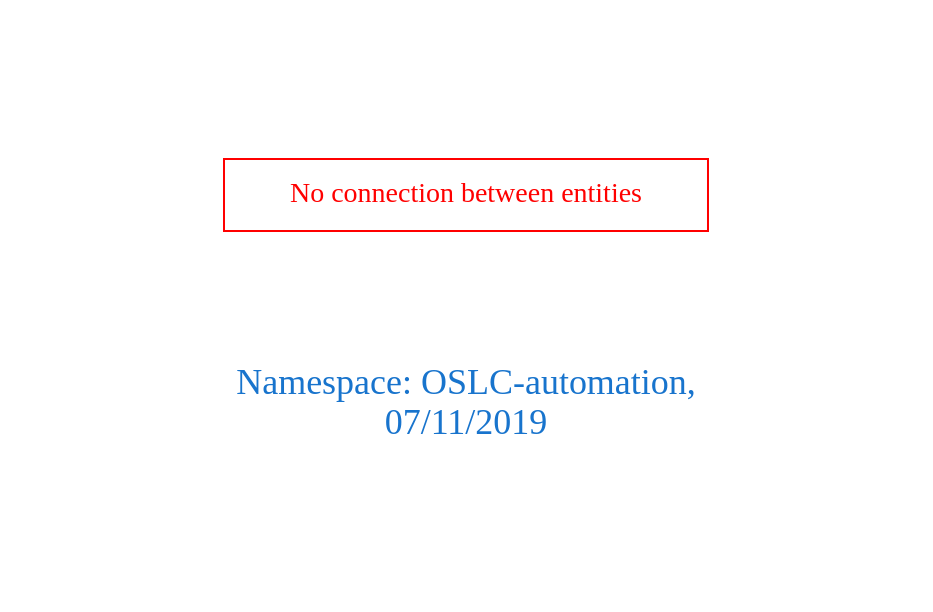
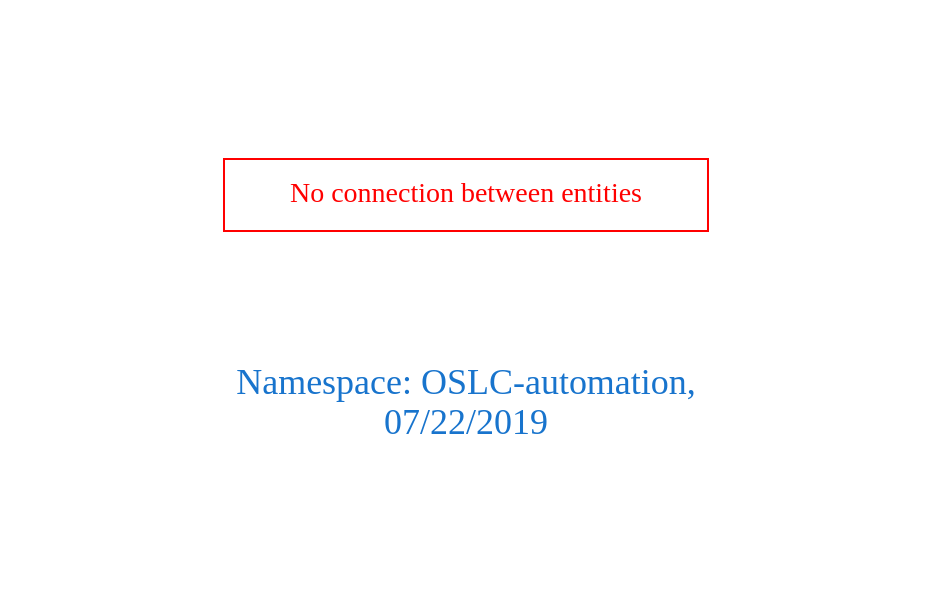
Before and after one commit to arago/OGIT: the diagram in downloads/OSLC-automation.dot, drawn with Graphviz. The commit also changed 1469 other files, not shown here.

```diff
--- a/downloads/OSLC-automation.dot
+++ b/downloads/OSLC-automation.dot
@@ -1,9 +1,9 @@
 digraph OGIT_ontology {
  graph [ rankdir= LR,pad=1 
 fontsize = 18,
-fontcolor= dodgerblue3,label = "\n\n\nNamespace: OSLC-automation, \n 07/11/2019"];
+fontcolor= dodgerblue3,label = "\n\n\nNamespace: OSLC-automation, \n 07/22/2019"];
 node[shape=polygon];
 edge [  color="gray81"];
 
 "No connection between entities" [fontcolor = "red",color="red", shape="polygon"]
 }
```
